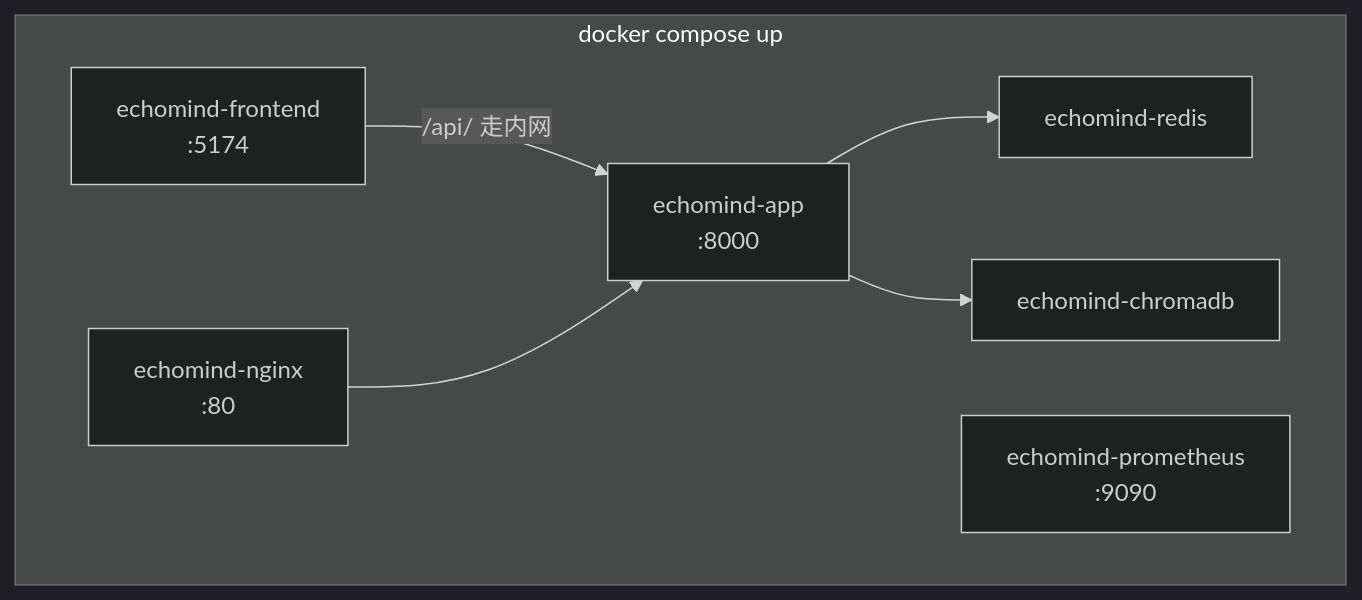
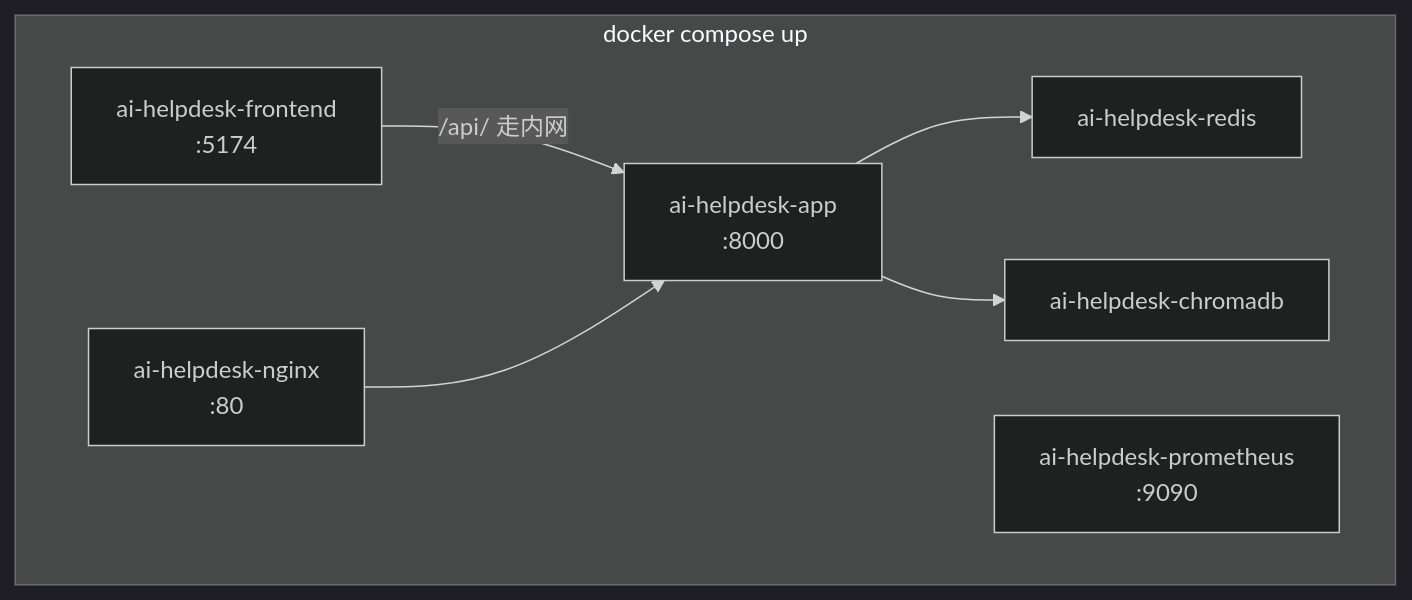
The sixth of 6 diagrams in backend/wiki/架构图.md (heyemlee/ai-helpdesk), drawn with Mermaid (dark theme) before and after one commit. The commit also changed 33 other files, not shown here.

````diff
--- a/backend/wiki/架构图.md
+++ b/backend/wiki/架构图.md
@@ -133,15 +133,15 @@
 ```mermaid
 flowchart TD
     subgraph compose[docker compose up]
-        FE[echomind-frontend<br/>:5174]
-        APP[echomind-app<br/>:8000]
-        NG[echomind-nginx<br/>:80]
-        R[echomind-redis]
-        C[echomind-chromadb]
-        P[echomind-prometheus<br/>:9090]
+        FE[ai-helpdesk-frontend<br/>:5174]
+        APP[ai-helpdesk-app<br/>:8000]
+        NG[ai-helpdesk-nginx<br/>:80]
+        R[ai-helpdesk-redis]
+        C[ai-helpdesk-chromadb]
+        P[ai-helpdesk-prometheus<br/>:9090]
     end
     FE -->|/api/ 走内网| APP
     NG --> APP
     APP --> R
     APP --> C
 ```
````
